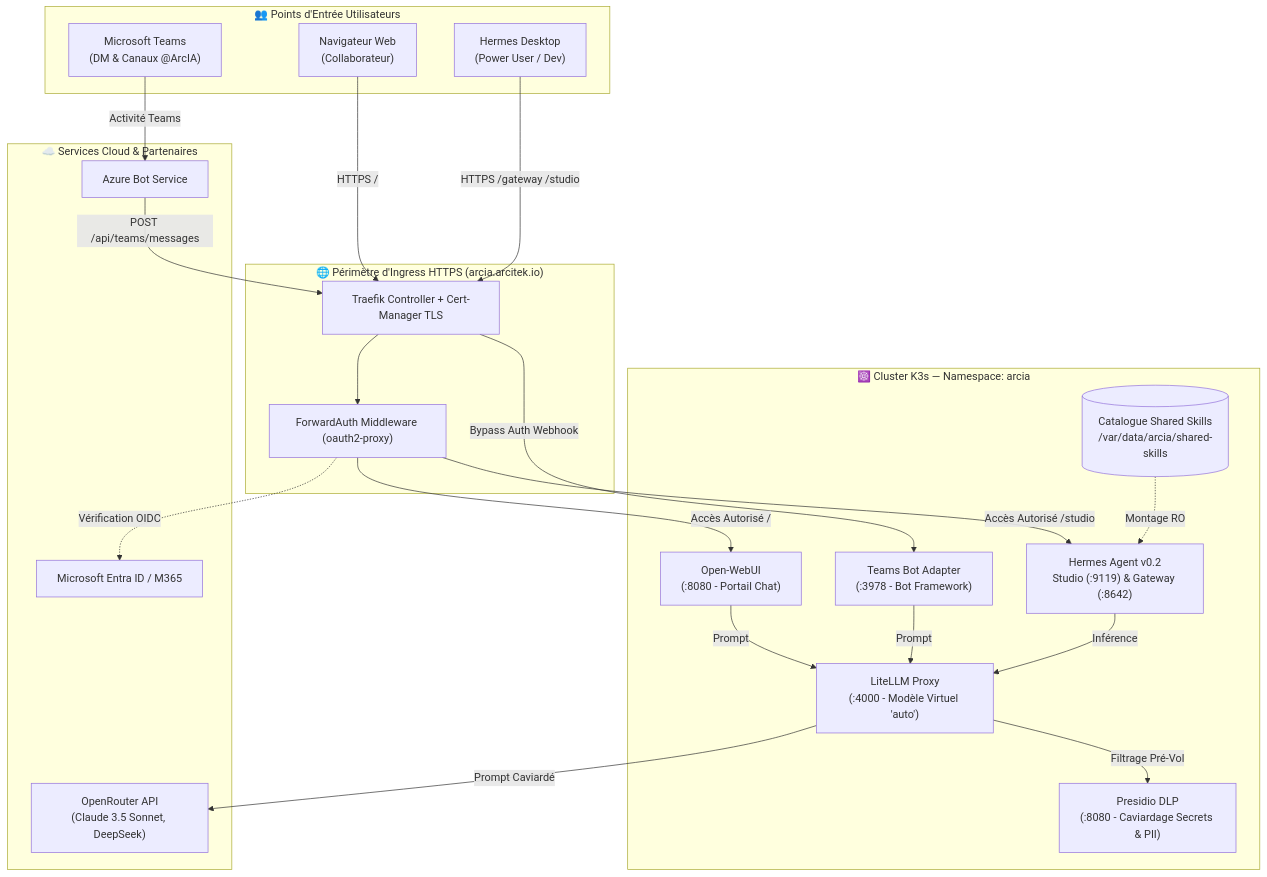
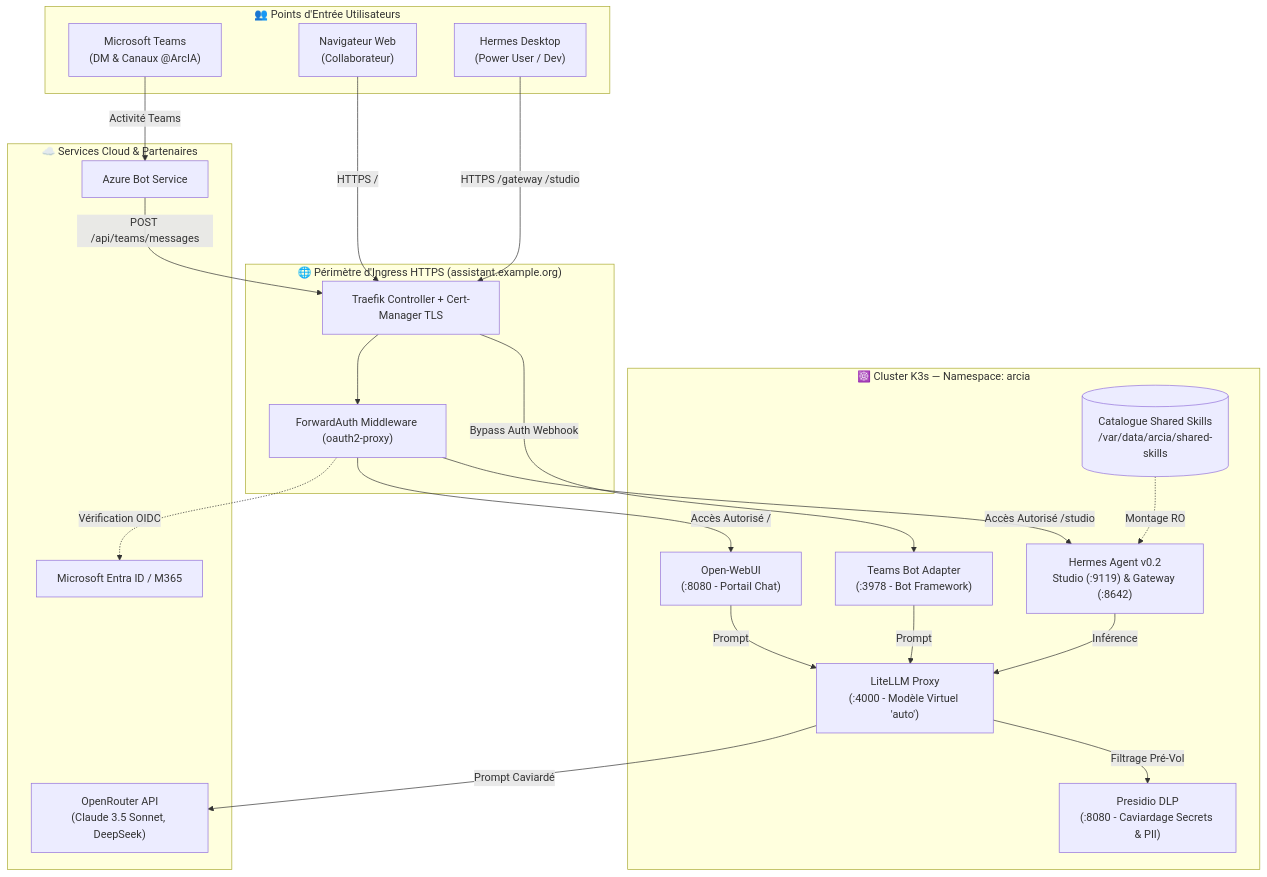
One commit to nicolastheuil/ArcIA changed the diagram in README.md. Above: the diagram before and after it, drawn with Mermaid. The commit also changed other lines of this file and 16 other files, not shown here.

````diff
--- a/README.md
+++ b/README.md
@@ -34,47 +34,47 @@
 ```mermaid
 flowchart TD
     subgraph Clients ["👥 Points d'Entrée Utilisateurs"]
         WebUser["Navigateur Web<br/>(Collaborateur)"]
         TeamsUser["Microsoft Teams<br/>(DM & Canaux @ArcIA)"]
         HermesDesk["Hermes Desktop<br/>(Power User / Dev)"]
     end
 
-    subgraph Ingress ["🌐 Périmètre d'Ingress HTTPS (arcia.arcitek.io)"]
+    subgraph Ingress ["🌐 Périmètre d'Ingress HTTPS (assistant.example.org)"]
         Traefik["Traefik Controller + Cert-Manager TLS"]
         AuthMiddleware["ForwardAuth Middleware (oauth2-proxy)"]
     end
 
     subgraph CoreCluster ["☸️ Cluster K3s — Namespace: arcia"]
         WebUI["Open-WebUI<br/>(:8080 - Portail Chat)"]
         TeamsBot["Teams Bot Adapter<br/>(:3978 - Bot Framework)"]
         HermesAgent["Hermes Agent v0.2<br/>Studio (:9119) & Gateway (:8642)"]
         SkillsShare[("Catalogue Shared Skills<br/>/var/data/arcia/shared-skills")]
         Presidio["Presidio DLP<br/>(:8080 - Caviardage Secrets & PII)"]
         LiteLLM["LiteLLM Proxy<br/>(:4000 - Modèle Virtuel 'auto')"]
     end
 
     subgraph External ["☁️ Services Cloud & Partenaires"]
         OpenRouter["OpenRouter API<br/>(Claude 3.5 Sonnet, DeepSeek)"]
         EntraID["Microsoft Entra ID / M365"]
         AzureBotSvc["Azure Bot Service"]
     end
 
     WebUser -->|HTTPS /| Traefik
     HermesDesk -->|HTTPS /gateway /studio| Traefik
     TeamsUser -->|Activité Teams| AzureBotSvc
     AzureBotSvc -->|POST /api/teams/messages| Traefik
 
     Traefik --> AuthMiddleware
     AuthMiddleware -.->|Vérification OIDC| EntraID
     AuthMiddleware -->|Accès Autorisé /| WebUI
     AuthMiddleware -->|Accès Autorisé /studio| HermesAgent
     Traefik -->|Bypass Auth Webhook| TeamsBot
 
     WebUI -->|Prompt| LiteLLM
     TeamsBot -->|Prompt| LiteLLM
     HermesAgent -->|Inférence| LiteLLM
     SkillsShare -.->|Montage RO| HermesAgent
 
     LiteLLM -->|Filtrage Pré-Vol| Presidio
     LiteLLM -->|Prompt Caviardé| OpenRouter
 ```
````
